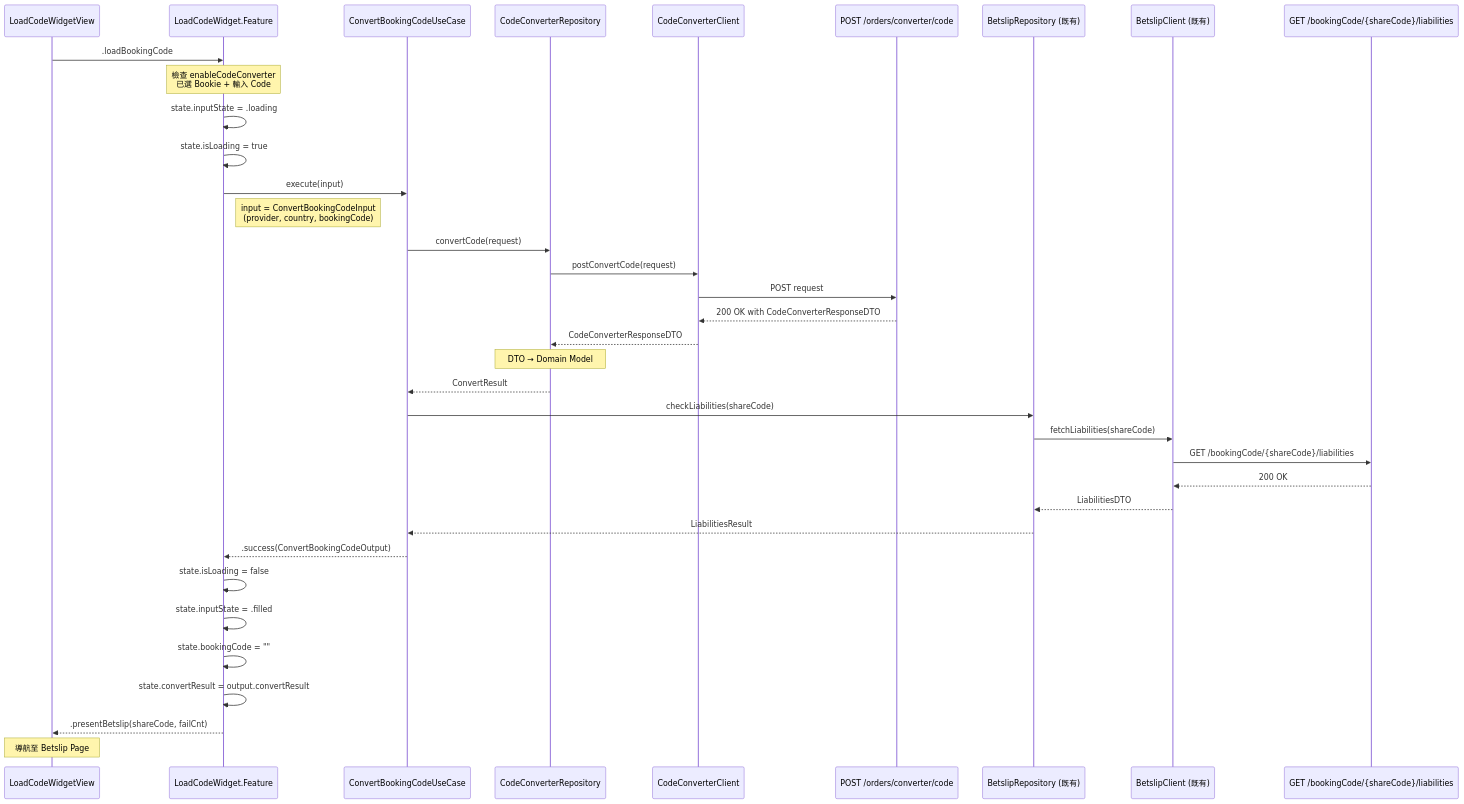
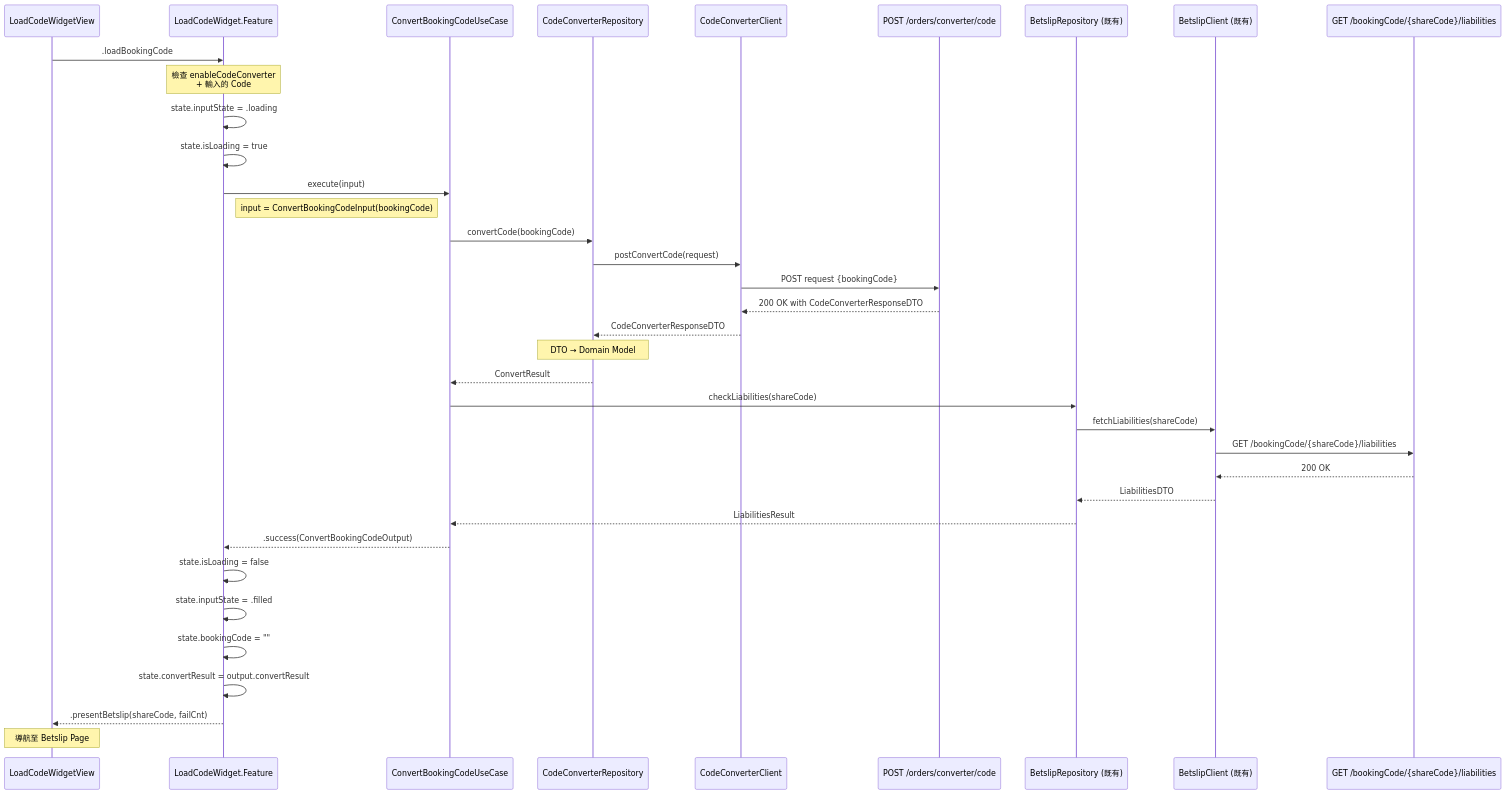
Before and after one commit to HsinChungHan/Code_Converter_TDD: the second of 6 diagrams in TDD/05_Module Sequence Diagram/Module Sequence Diagrams/02_data_interaction_convert_code.md, drawn with Mermaid. The commit also changed other lines of this file and 38 other files, not shown here.

First line of the commit message:
feat: BE 新設計更新 - 廢棄 Config API 和 Bookie Selector，新增 Tooltip 邏輯

````diff
--- a/TDD/05_Module Sequence Diagram/Module Sequence Diagrams/02_data_interaction_convert_code.md
+++ b/TDD/05_Module Sequence Diagram/Module Sequence Diagrams/02_data_interaction_convert_code.md
@@ -209,51 +219,51 @@
 ```mermaid
 sequenceDiagram
     participant UI as LoadCodeWidgetView
     participant Feature as LoadCodeWidget.Feature
     participant UC as ConvertBookingCodeUseCase
     participant CCRepo as CodeConverterRepository
     participant CCClient as CodeConverterClient
     participant ConvertAPI as POST /orders/converter/code
     participant BSRepo as BetslipRepository (既有)
     participant BSClient as BetslipClient (既有)
     participant LiabAPI as GET /bookingCode/{shareCode}/liabilities
 
     UI->>Feature: .loadBookingCode
     
-    Note over Feature: 檢查 enableCodeConverter<br/>已選 Bookie + 輸入 Code
+    Note over Feature: 檢查 enableCodeConverter<br/>+ 輸入的 Code
     
     Feature->>Feature: state.inputState = .loading
     Feature->>Feature: state.isLoading = true
     
     Feature->>UC: execute(input)
-    Note right of Feature: input = ConvertBookingCodeInput<br/>(provider, country, bookingCode)
+    Note right of Feature: input = ConvertBookingCodeInput(bookingCode)
     
     %% Step 1: Code2Code 轉換
-    UC->>CCRepo: convertCode(request)
+    UC->>CCRepo: convertCode(bookingCode)
     CCRepo->>CCClient: postConvertCode(request)
-    CCClient->>ConvertAPI: POST request
+    CCClient->>ConvertAPI: POST request {bookingCode}
     ConvertAPI-->>CCClient: 200 OK with CodeConverterResponseDTO
     CCClient-->>CCRepo: CodeConverterResponseDTO
     Note over CCRepo: DTO → Domain Model
     CCRepo-->>UC: ConvertResult
     
-    %% Step 2: Liabilities 檢查 (使用 shareCode)
+    %% Step 2: Liabilities 檢查 (使用 shareCode) - 原有流程
     UC->>BSRepo: checkLiabilities(shareCode)
     BSRepo->>BSClient: fetchLiabilities(shareCode)
     BSClient->>LiabAPI: GET /bookingCode/{shareCode}/liabilities
     LiabAPI-->>BSClient: 200 OK
     BSClient-->>BSRepo: LiabilitiesDTO
     BSRepo-->>UC: LiabilitiesResult
     
     %% Step 3: 回傳結果
     UC-->>Feature: .success(ConvertBookingCodeOutput)
     
     Feature->>Feature: state.isLoading = false
     Feature->>Feature: state.inputState = .filled
     Feature->>Feature: state.bookingCode = ""
     Feature->>Feature: state.convertResult = output.convertResult
     
     Feature-->>UI: .presentBetslip(shareCode, failCnt)
     
     Note over UI: 導航至 Betslip Page
 ```
````
